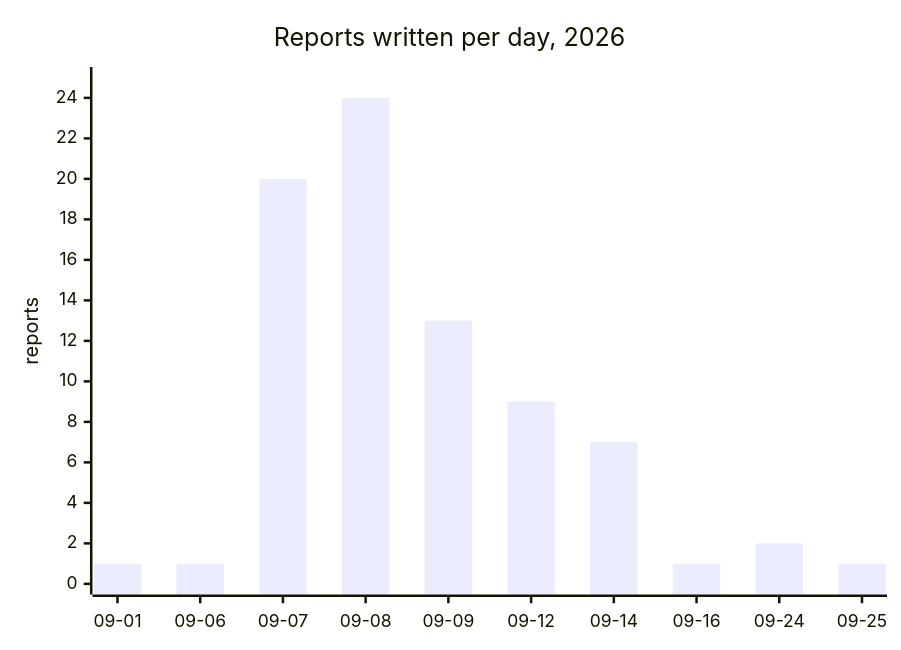
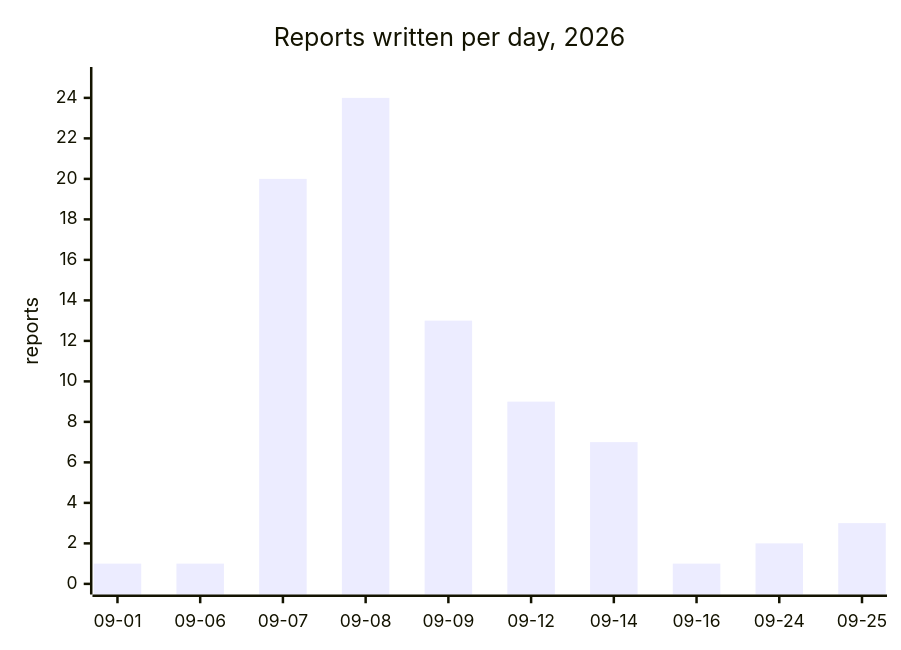
Before and after one commit to cluster2600/porscheparts: the diagram in docs/reports/README.md, drawn with Mermaid. The commit also changed other lines of this file and 2 other files, not shown here.

````diff
--- a/docs/reports/README.md
+++ b/docs/reports/README.md
@@ -7,7 +7,7 @@
 ```mermaid
 xychart-beta
     title "Reports written per day, 2026"
     x-axis ["09-01", "09-06", "09-07", "09-08", "09-09", "09-12", "09-14", "09-16", "09-24", "09-25"]
     y-axis "reports" 0 --> 25
-    bar [1, 1, 20, 24, 13, 9, 7, 1, 2, 1]
+    bar [1, 1, 20, 24, 13, 9, 7, 1, 2, 3]
 ```
````
